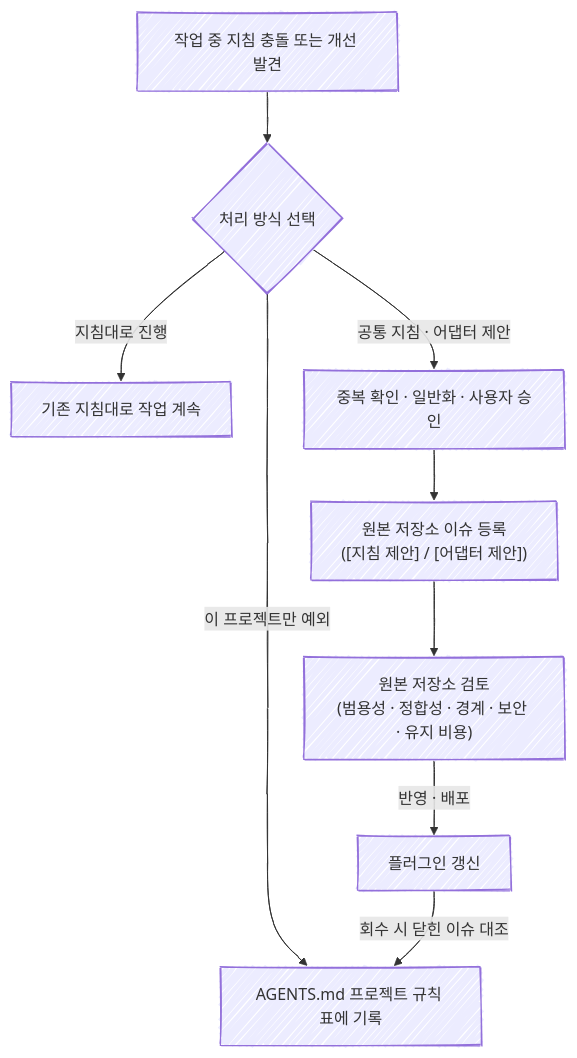
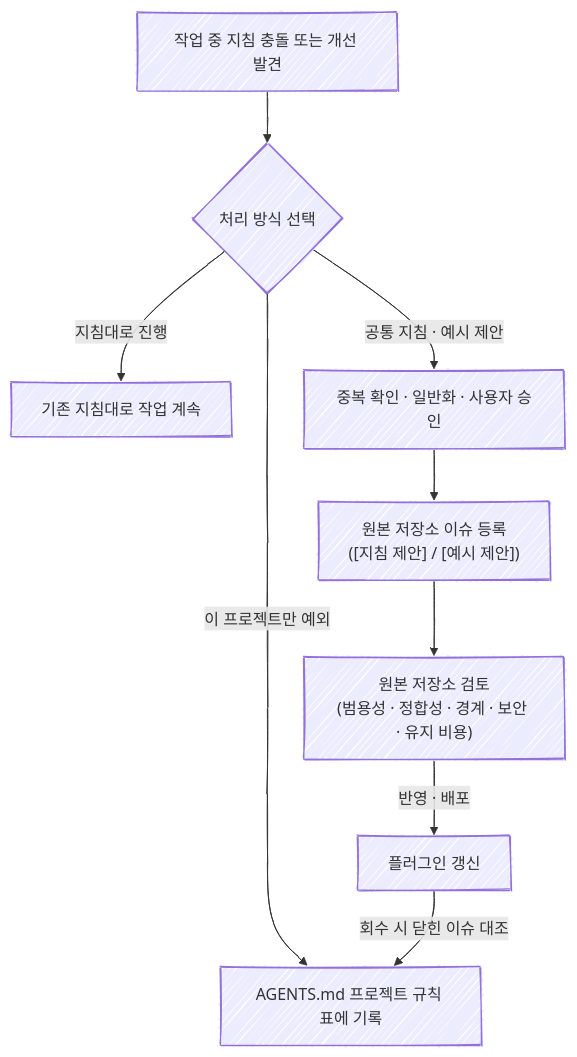
The second of 2 diagrams in plugins/webapp/dist/codex/plugins/webapp/README.md (dev-goraebap/dev.goraebap), drawn with Mermaid before and after one commit. The commit also changed other lines of this file and 218 other files, not shown here.

````diff
--- a/plugins/webapp/dist/codex/plugins/webapp/README.md
+++ b/plugins/webapp/dist/codex/plugins/webapp/README.md
@@ -38,15 +38,15 @@
 ```mermaid
 ---
 config:
   look: handDrawn
 ---
 flowchart TD
     C["작업 중 지침 충돌 또는 개선 발견"] --> Q{"처리 방식 선택"}
     Q -->|"이 프로젝트만 예외"| R["AGENTS.md 프로젝트 규칙 표에 기록"]
     Q -->|"지침대로 진행"| D["기존 지침대로 작업 계속"]
-    Q -->|"공통 지침 · 어댑터 제안"| P["중복 확인 · 일반화 · 사용자 승인"]
-    P --> I["원본 저장소 이슈 등록\n([지침 제안] / [어댑터 제안])"]
+    Q -->|"공통 지침 · 예시 제안"| P["중복 확인 · 일반화 · 사용자 승인"]
+    P --> I["원본 저장소 이슈 등록\n([지침 제안] / [예시 제안])"]
     I --> V["원본 저장소 검토\n(범용성 · 정합성 · 경계 · 보안 · 유지 비용)"]
     V -->|"반영 · 배포"| U["플러그인 갱신"]
     U -->|"회수 시 닫힌 이슈 대조"| R
 ```
````
